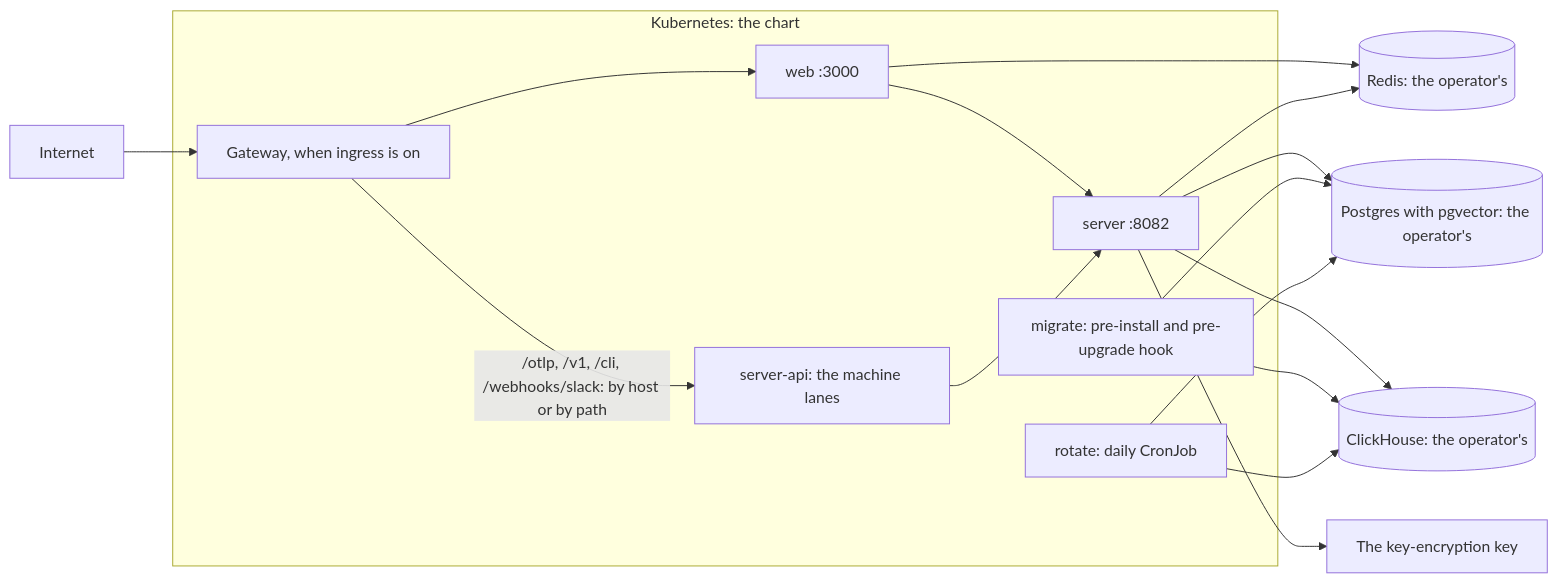
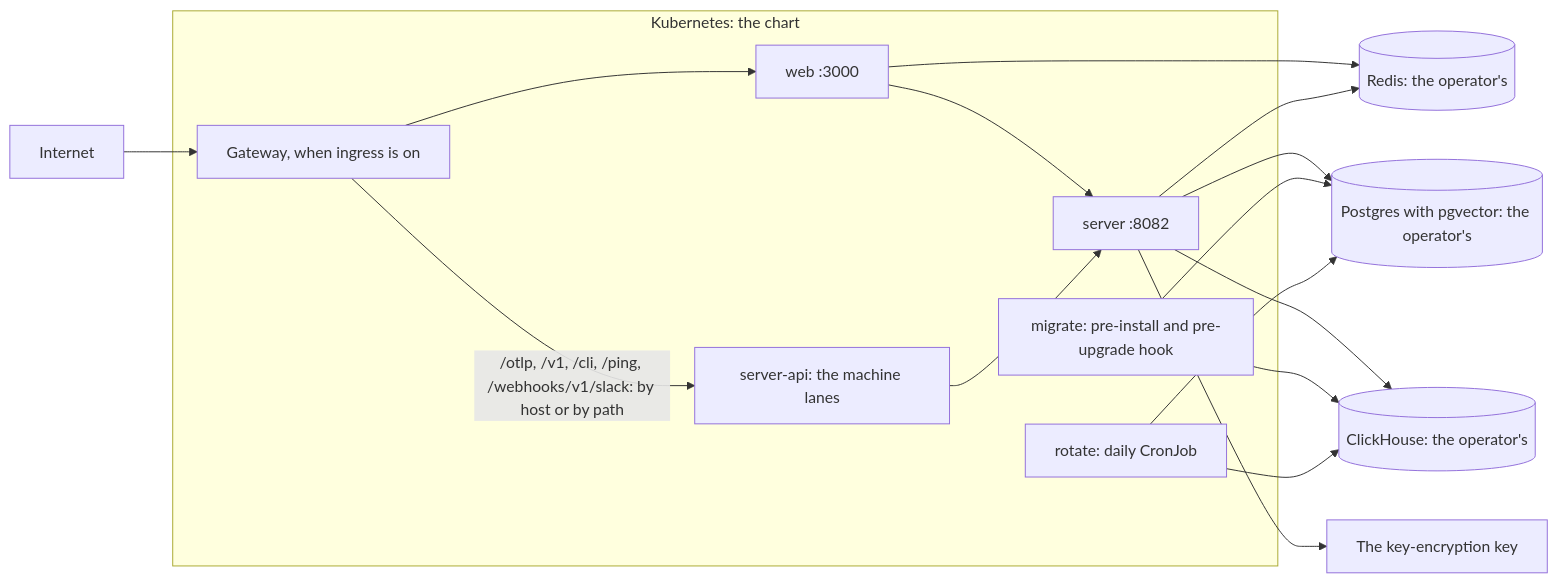
Before and after one commit to telmoni/telmoni: the fifth of 5 diagrams in ARCHITECTURE.md, drawn with Mermaid. The commit also changed other lines of this file and 232 other files, not shown here.

````diff
--- a/ARCHITECTURE.md
+++ b/ARCHITECTURE.md
@@ -386,19 +388,19 @@
 ```mermaid
 flowchart LR
   Internet --> GW["Gateway, when ingress is on"]
   subgraph Cluster["Kubernetes: the chart"]
     GW --> Web["web :3000"]
-    GW -->|"/otlp, /v1, /cli, /webhooks/slack: by host or by path"| API["server-api: the machine lanes"]
+    GW -->|"/otlp, /v1, /cli, /ping, /webhooks/v1/slack: by host or by path"| API["server-api: the machine lanes"]
     Web --> Server["server :8082"]
     API --> Server
     Migrate["migrate: pre-install and pre-upgrade hook"]
     Rotate["rotate: daily CronJob"]
   end
   Web --> Redis[("Redis: the operator's")]
   Server --> Redis
   Server --> PG[("Postgres with pgvector: the operator's")]
   Server --> CH[("ClickHouse: the operator's")]
   Server --> KMS["The key-encryption key"]
   Migrate --> PG & CH
   Rotate --> PG & CH
 ```
````
